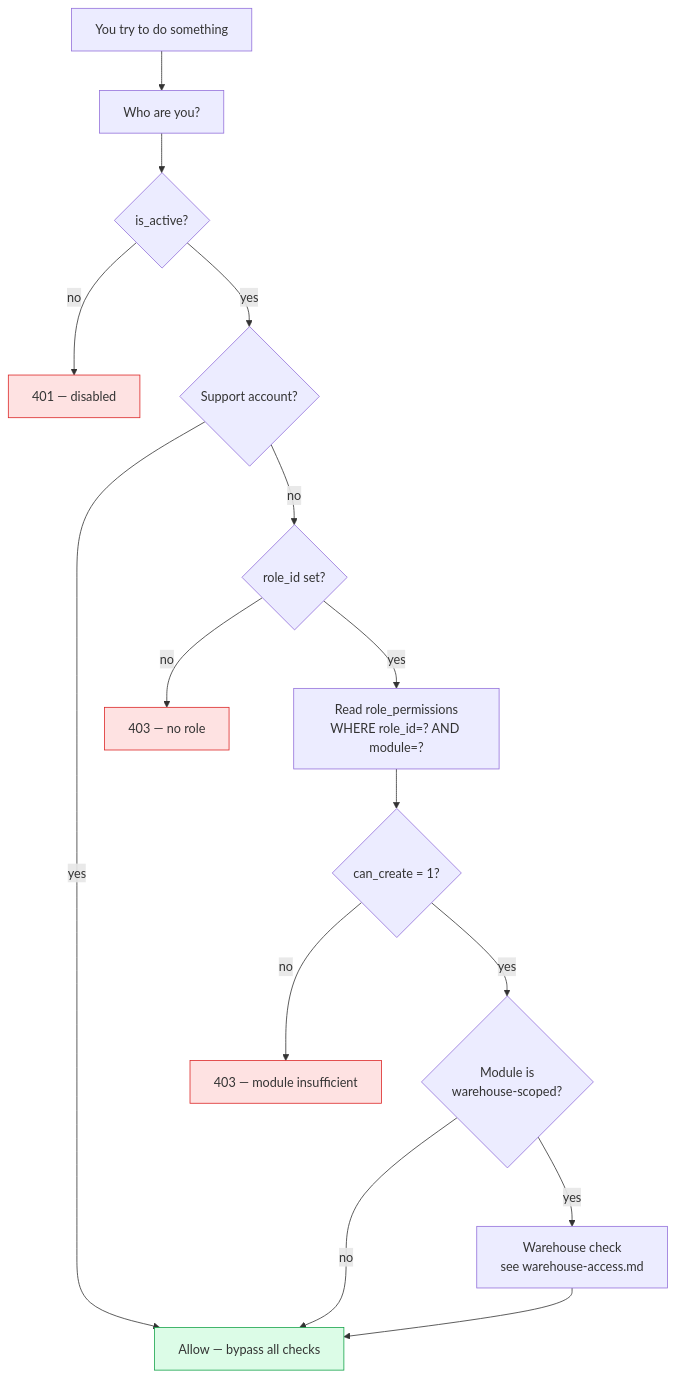
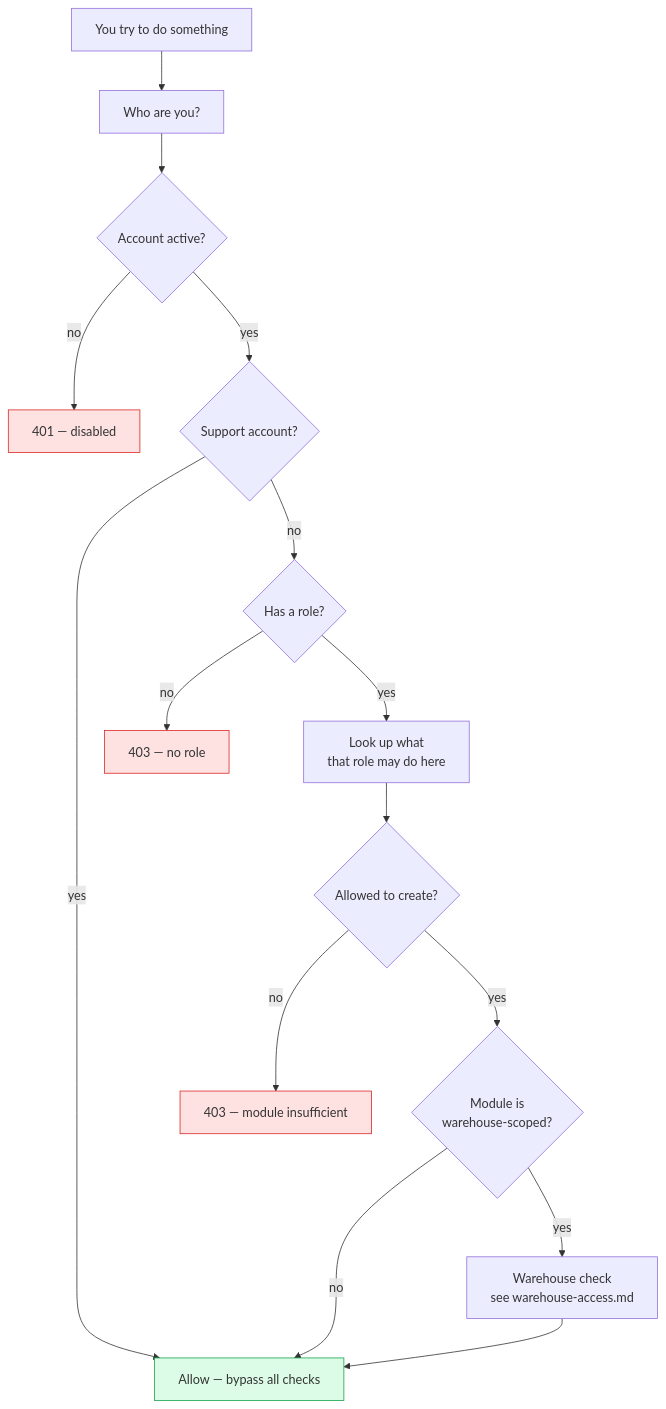
The second of 2 diagrams in docs/manual/docs/foundation/rbac.md (quilit-dev/quilit-erp), drawn with Mermaid before and after one commit. The commit also changed other lines of this file and 58 other files, not shown here.

````diff
--- a/docs/manual/docs/foundation/rbac.md
+++ b/docs/manual/docs/foundation/rbac.md
@@ -169,21 +169,21 @@
 ```mermaid
 flowchart TD
     REQ[You try to do something] --> AUTH[Who are you?]
-    AUTH --> ACT{is_active?}
+    AUTH --> ACT{Account active?}
     ACT -->|no| F1[401 — disabled]
     ACT -->|yes| SA{Support account?}
     SA -->|yes| OK[Allow — bypass all checks]
-    SA -->|no| RID{role_id set?}
+    SA -->|no| RID{Has a role?}
     RID -->|no| F2[403 — no role]
-    RID -->|yes| RP[Read role_permissions<br/>WHERE role_id=? AND module=?]
-    RP --> CHK{can_create = 1?}
+    RID -->|yes| RP[Look up what<br/>that role may do here]
+    RP --> CHK{Allowed to create?}
     CHK -->|no| F3[403 — module insufficient]
     CHK -->|yes| WH{Module is<br/>warehouse-scoped?}
     WH -->|no| OK
     WH -->|yes| RLA[Warehouse check<br/>see warehouse-access.md]
     RLA --> OK
     style OK fill:#dcfce7,stroke:#16a34a
     style F1 fill:#fee2e2,stroke:#dc2626
     style F2 fill:#fee2e2,stroke:#dc2626
     style F3 fill:#fee2e2,stroke:#dc2626
 ```
````
